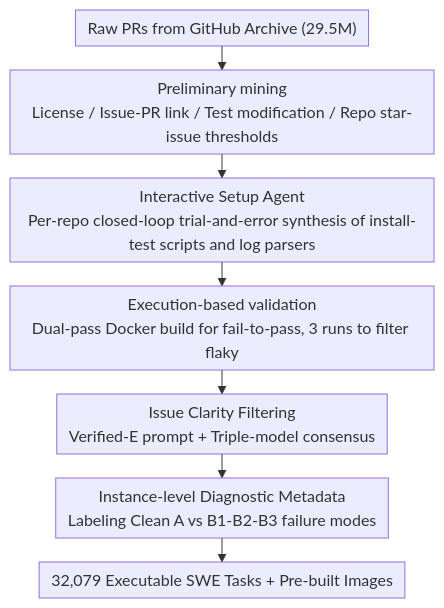
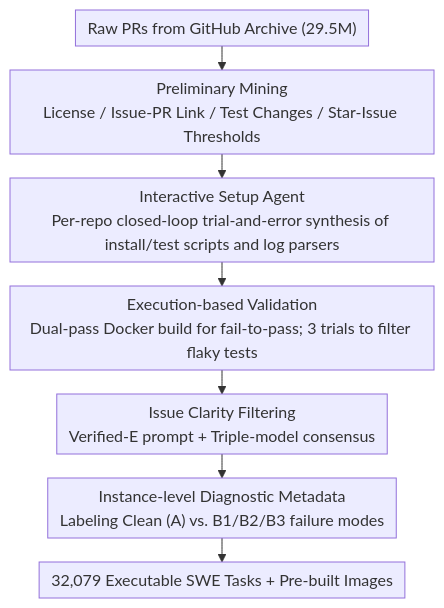
One commit to zhaoyang97/Paper-Notes-en changed the diagram in docs/ICML2026/code_intelligence/swe-rebench_v2_language-agnostic_swe_task_collection_at_scale.md. Above: the diagram before and after it, drawn with Mermaid. The commit also changed other lines of this file and 5084 other files, not shown here.

````diff
--- a/docs/ICML2026/code_intelligence/swe-rebench_v2_language-agnostic_swe_task_collection_at_scale.md
+++ b/docs/ICML2026/code_intelligence/swe-rebench_v2_language-agnostic_swe_task_collection_at_scale.md
@@ -43,10 +43,10 @@
 ```mermaid
 %%{init: {'flowchart': {'rankSpacing': 24, 'nodeSpacing': 28, 'padding': 6, 'wrappingWidth': 400}}}%%
 flowchart TD
-    A["Raw PRs from GitHub Archive (29.5M)"] --> B["Preliminary mining<br/>License / Issue-PR link / Test modification / Repo star-issue thresholds"]
-    B --> C["Interactive Setup Agent<br/>Per-repo closed-loop trial-and-error synthesis of install-test scripts and log parsers"]
-    C --> D["Execution-based validation<br/>Dual-pass Docker build for fail-to-pass, 3 runs to filter flaky"]
+    A["Raw PRs from GitHub Archive (29.5M)"] --> B["Preliminary Mining<br/>License / Issue-PR Link / Test Changes / Star-Issue Thresholds"]
+    B --> C["Interactive Setup Agent<br/>Per-repo closed-loop trial-and-error synthesis of install/test scripts and log parsers"]
+    C --> D["Execution-based Validation<br/>Dual-pass Docker build for fail-to-pass; 3 trials to filter flaky tests"]
     D --> E["Issue Clarity Filtering<br/>Verified-E prompt + Triple-model consensus"]
-    E --> F["Instance-level Diagnostic Metadata<br/>Labeling Clean A vs B1-B2-B3 failure modes"]
+    E --> F["Instance-level Diagnostic Metadata<br/>Labeling Clean (A) vs. B1/B2/B3 failure modes"]
     F --> G["32,079 Executable SWE Tasks + Pre-built Images"]
 ```
````
